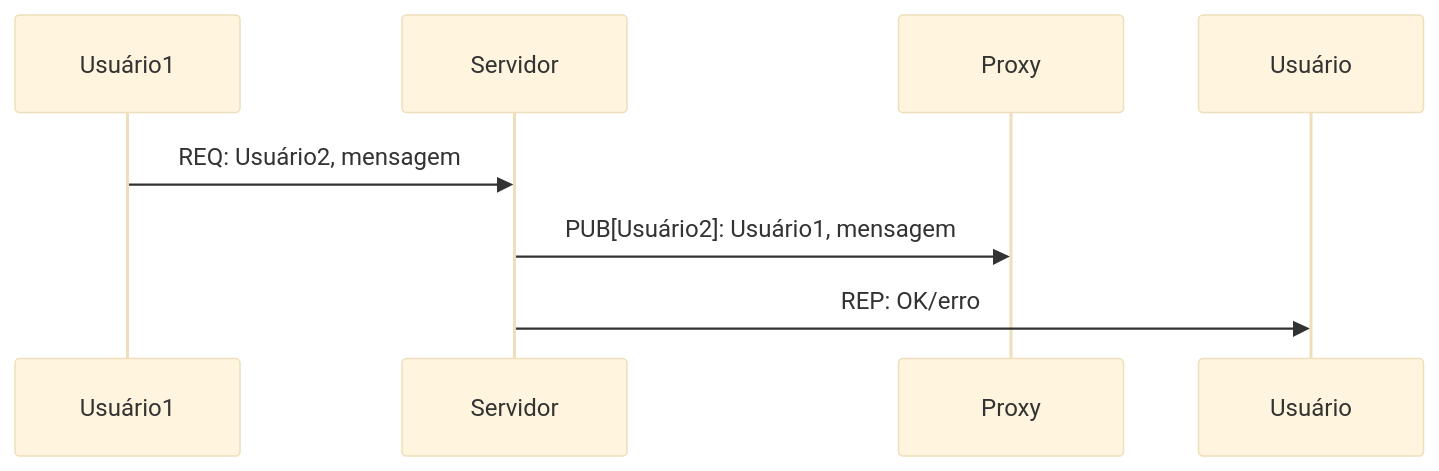
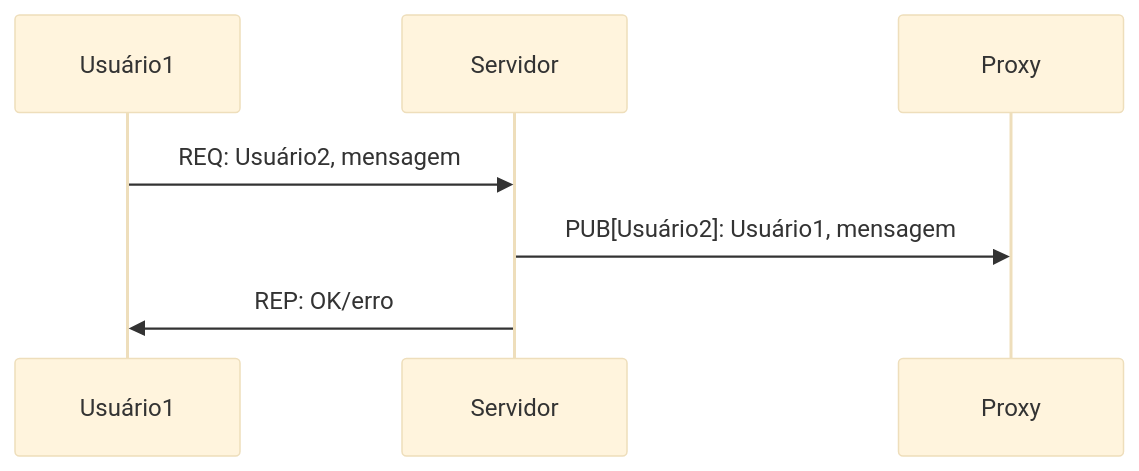
Before and after one commit to anjoletto/cc7261: the second of 2 diagrams in projeto/parte2.md, drawn with Mermaid (base theme).

````diff
--- a/projeto/parte2.md
+++ b/projeto/parte2.md
@@ -53,6 +53,6 @@
 ```mermaid
 sequenceDiagram
   Usuário1 ->> Servidor: REQ: Usuário2, mensagem
   Servidor ->> Proxy: PUB[Usuário2]: Usuário1, mensagem
-  Servidor ->> Usuário: REP: OK/erro
+  Servidor ->> Usuário1: REP: OK/erro
 ```
````
